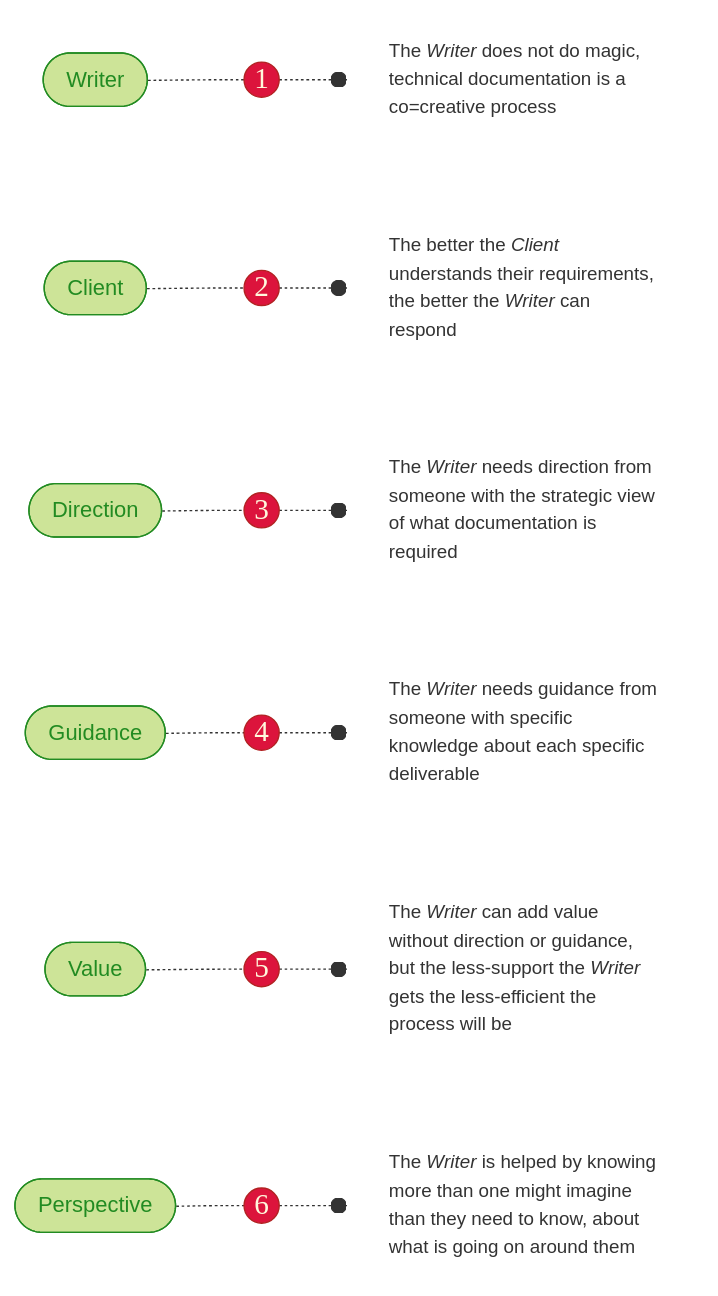
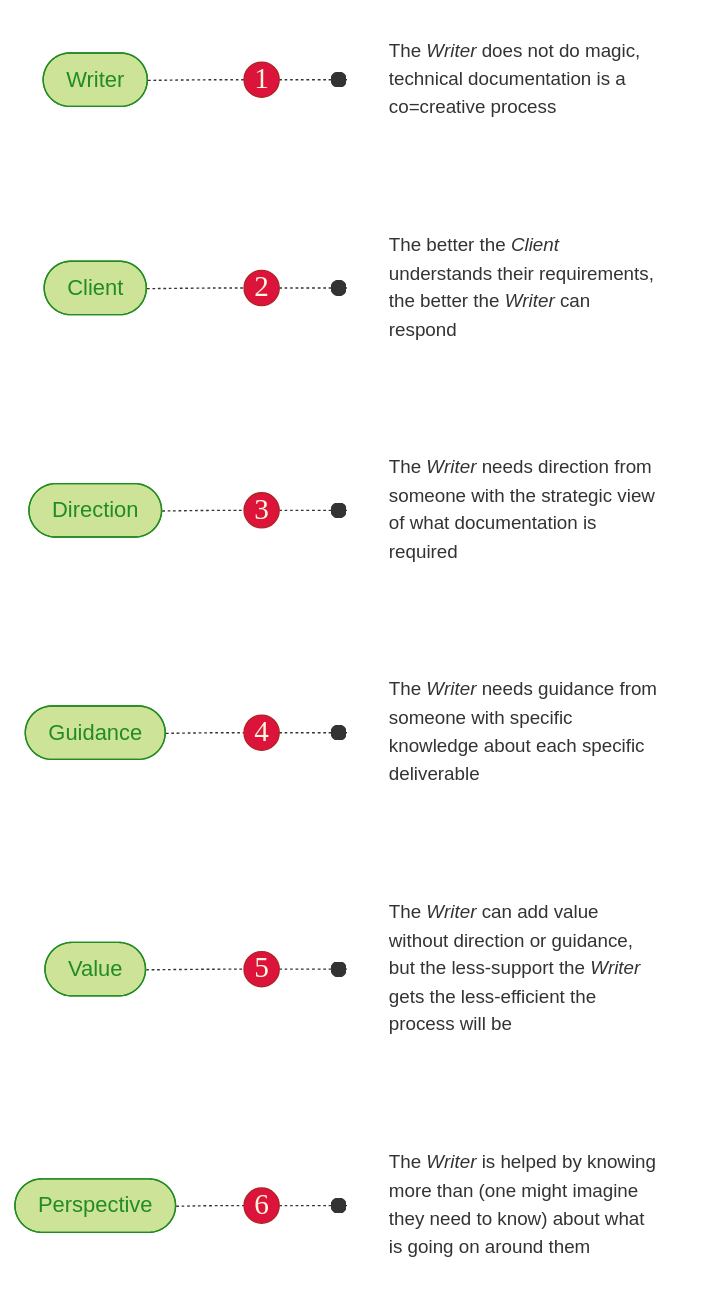
Before and after one commit to joe-dorward/samples: the diagram in contract_v2.md, drawn with Mermaid.

````diff
--- a/contract_v2.md
+++ b/contract_v2.md
@@ -1,61 +1,61 @@
 ```mermaid
 flowchart LR
 
   %% define styles
   classDef User fill:#cde498, stroke:forestgreen, color:forestgreen;
   classDef Number fill:crimson, color:cornsilk, stroke:firebrick, font-family:verdana, font-size:16pt, padding:10px;
   classDef Button fill:green, color:white;
   classDef Note fill:transparent, stroke:white, text-align:left, font-size: 95%;
 
   classDef Backend fill:mediumseagreen, stroke:white, color:honeydew;
   classDef Entity fill:lightcyan, stroke:royalblue, color:royalblue;
   
   %% ---------- ---------- ---------- ---------- ---------- ---------- ---------- ---------- ---------- ----------
   1(("1")):::Number
   WRITER_01([&nbsp;Writer&nbsp;]):::User
   WRITER_01_NOTE["The <i>Writer</i> does not do magic, technical documentation is a co=creative process"]:::Note
 
   WRITER_01-.-
   1-.-o
   WRITER_01_NOTE
   %% ---------- ---------- ---------- ---------- ---------- ---------- ---------- ---------- ---------- ----------
   2(("2")):::Number
   CLIENT_01([&nbsp;Client&nbsp;]):::User
   CLIENT_01_NOTE["The better the <i>Client</i> understands their requirements, the better the <i>Writer</i> can respond"]:::Note
 
   CLIENT_01-.-
   2-.-o
   CLIENT_01_NOTE
   %% ---------- ---------- ---------- ---------- ---------- ---------- ---------- ---------- ---------- ----------
   3(("3")):::Number
   DIRECTION_01([&nbsp;Direction&nbsp;]):::User
   DIRECTION_01_NOTE["The <i>Writer</i> needs direction from someone with the strategic view of what documentation is required"]:::Note
 
   DIRECTION_01-.-
   3-.-o
   DIRECTION_01_NOTE
   %% ---------- ---------- ---------- ---------- ---------- ---------- ---------- ---------- ---------- ----------
   4(("4")):::Number
   GUIDANCE_01([&nbsp;Guidance&nbsp;]):::User
   GUIDANCE_01_NOTE["The <i>Writer</i> needs guidance from someone with specific knowledge about each specific deliverable"]:::Note
 
   GUIDANCE_01-.-
   4-.-o
   GUIDANCE_01_NOTE
   %% ---------- ---------- ---------- ---------- ---------- ---------- ---------- ---------- ---------- ----------
   5(("5")):::Number
   VALUE_01([&nbsp;Value&nbsp;]):::User
   VALUE_01_NOTE["The <i>Writer</i> can add value without direction or guidance, but the less-support the <i>Writer</i> gets the less-efficient the process will be"]:::Note
 
   VALUE_01-.-
   5-.-o
   VALUE_01_NOTE
   %% ---------- ---------- ---------- ---------- ---------- ---------- ---------- ---------- ---------- ----------
   6(("6")):::Number
   PERSPECTIVE_01([&nbsp;Perspective&nbsp;]):::User
-  PERSPECTIVE_01_NOTE["The <i>Writer</i> is helped by knowing more than one might imagine than they need to know, about what is going on around them"]:::Note
+  PERSPECTIVE_01_NOTE["The <i>Writer</i> is helped by knowing more than (one might imagine they need to know) about what is going on around them"]:::Note
 
   PERSPECTIVE_01-.-
   6-.-o
   PERSPECTIVE_01_NOTE
 ```
````
